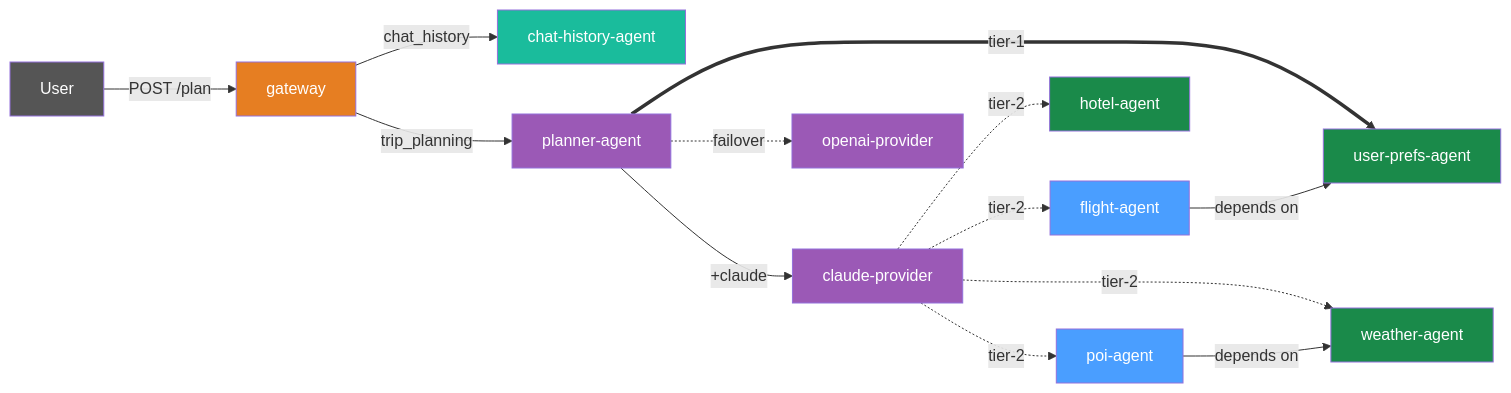
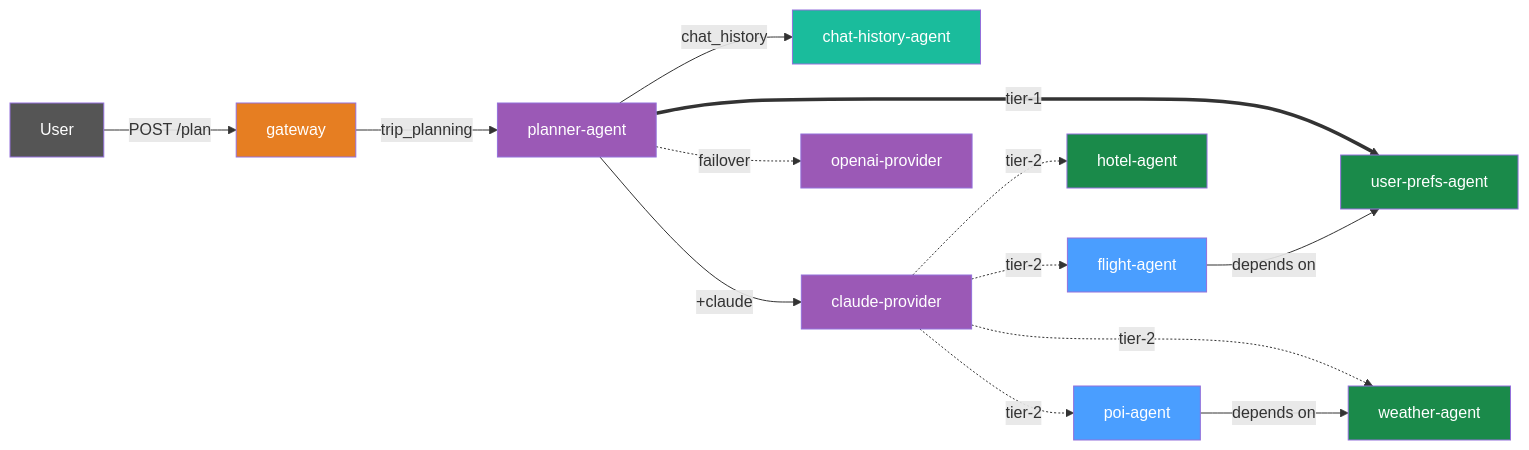
One commit to dhyansraj/mcp-mesh changed the diagram in docs/tutorial/day-06-chat-history.md. Above: the diagram before and after it, drawn with Mermaid. The commit also changed other lines of this file and 486 other files, not shown here.

First line of the commit message:
fix: tutorial validation pass — code, screenshots, and flow corrections (#758)

````diff
--- a/docs/tutorial/day-06-chat-history.md
+++ b/docs/tutorial/day-06-chat-history.md
@@ -10,27 +10,27 @@
 ```mermaid
 graph LR
     U[User] -->|"POST /plan"| GW[gateway]
-    GW -->|"chat_history"| CH[chat-history-agent]
     GW -->|"trip_planning"| PL[planner-agent]
+    PL -->|"chat_history"| CH[chat-history-agent]
     PL -->|"+claude"| CP[claude-provider]
     PL -.->|failover| OP[openai-provider]
     PL ==>|tier-1| UPA[user-prefs-agent]
     CP -.->|tier-2| FA[flight-agent]
     CP -.->|tier-2| HA[hotel-agent]
     CP -.->|tier-2| WA[weather-agent]
     CP -.->|tier-2| PA[poi-agent]
     FA -->|depends on| UPA
     PA -->|depends on| WA
 
     style U fill:#555,color:#fff
     style GW fill:#e67e22,color:#fff
     style CH fill:#1abc9c,color:#fff
     style PL fill:#9b59b6,color:#fff
     style CP fill:#9b59b6,color:#fff
     style OP fill:#9b59b6,color:#fff
     style FA fill:#4a9eff,color:#fff
     style PA fill:#4a9eff,color:#fff
     style UPA fill:#1a8a4a,color:#fff
     style WA fill:#1a8a4a,color:#fff
     style HA fill:#1a8a4a,color:#fff
 ```
````
